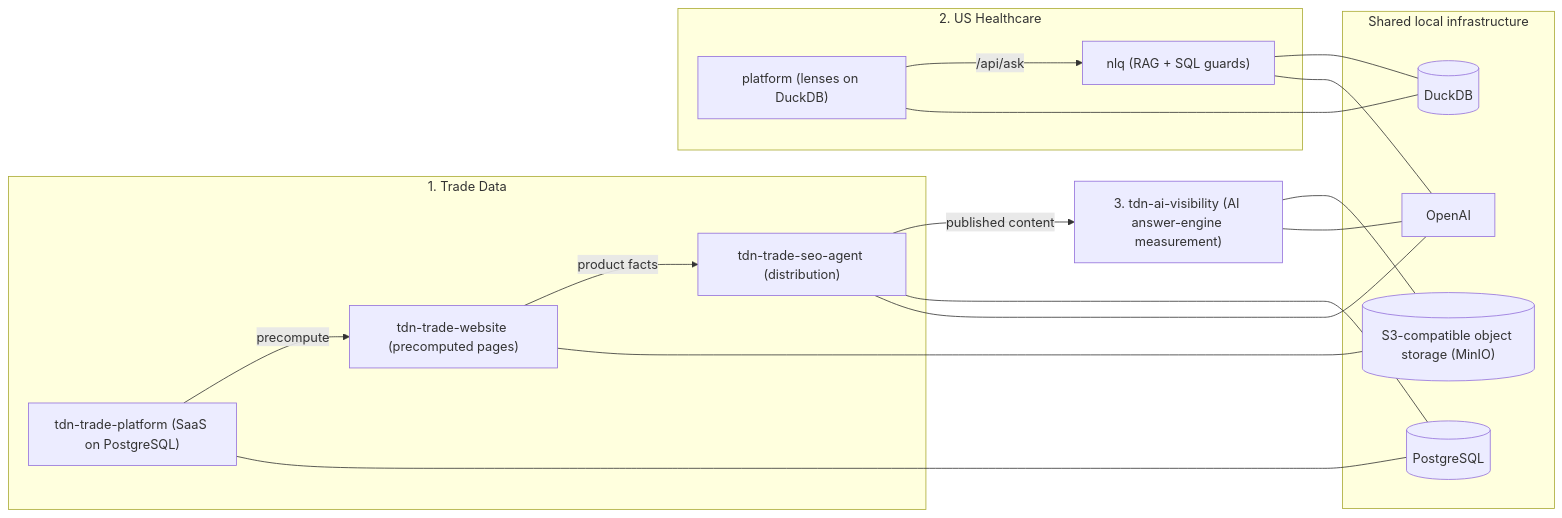
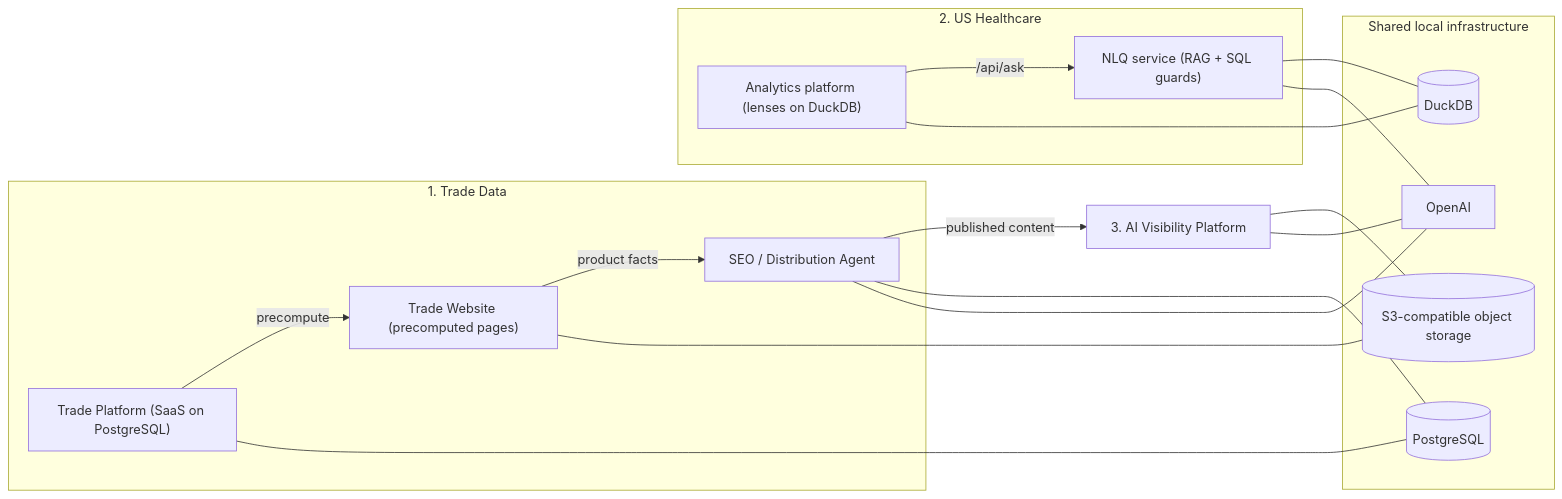
The diagram in README.md (sureshsormare/tdn-portfolio), drawn with Mermaid before and after one commit. The commit also changed other lines of this file and 39 other files, not shown here.

````diff
--- a/README.md
+++ b/README.md
@@ -35,32 +45,32 @@
 ```mermaid
 flowchart LR
   subgraph Trade["1. Trade Data"]
-    TP["tdn-trade-platform (SaaS on PostgreSQL)"]
-    TW["tdn-trade-website (precomputed pages)"]
-    TS["tdn-trade-seo-agent (distribution)"]
+    TP["Trade Platform (SaaS on PostgreSQL)"]
+    TW["Trade Website (precomputed pages)"]
+    TS["SEO / Distribution Agent"]
   end
   subgraph Health["2. US Healthcare"]
-    HP["platform (lenses on DuckDB)"]
-    HN["nlq (RAG + SQL guards)"]
+    HP["Analytics platform (lenses on DuckDB)"]
+    HN["NLQ service (RAG + SQL guards)"]
   end
-  AV["3. tdn-ai-visibility (AI answer-engine measurement)"]
+  AV["3. AI Visibility Platform"]
   TP -- "precompute" --> TW
   TW -- "product facts" --> TS
   TS -- "published content" --> AV
   HP -- "/api/ask" --> HN
   subgraph Infra["Shared local infrastructure"]
     PG[("PostgreSQL")]
     DK[("DuckDB")]
-    S3[("S3-compatible object storage (MinIO)")]
+    S3[("S3-compatible object storage")]
     AI["OpenAI"]
   end
   TP --- PG
   TS --- PG
   HP --- DK
   HN --- DK
   TW --- S3
   AV --- S3
   HN --- AI
   TS --- AI
   AV --- AI
 ```
````
